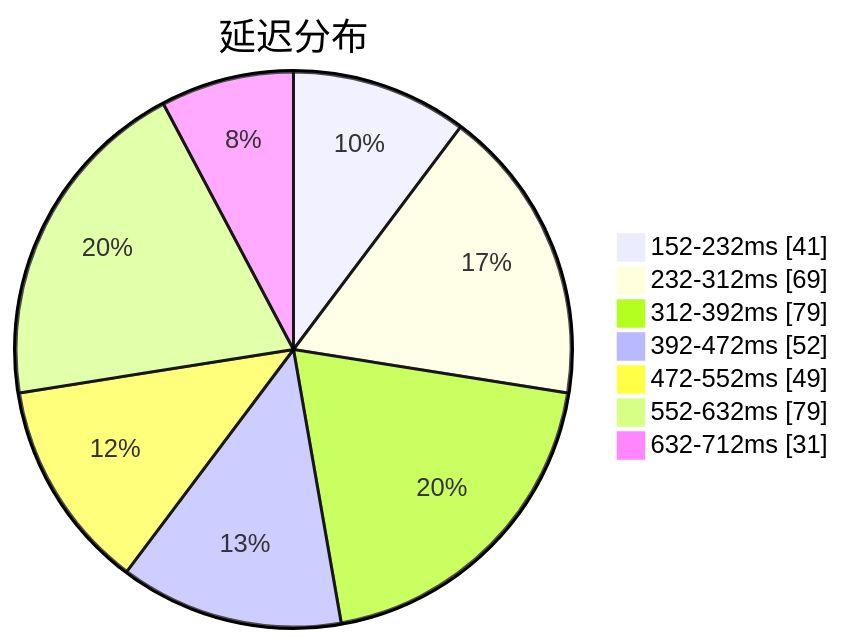
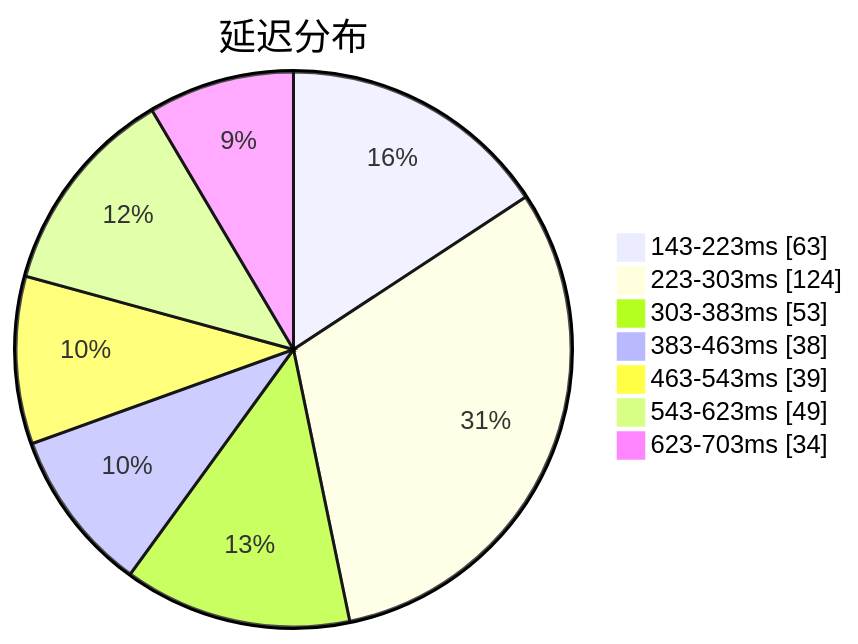
Before and after one commit to qjlxg/airport: the first of 3 diagrams in subs/statistics/tested_within.md, drawn with Mermaid. The commit also changed other lines of this file and 2 other files, not shown here.

Commit message:
Tested by metaST

````diff
--- a/subs/statistics/tested_within.md
+++ b/subs/statistics/tested_within.md
@@ -2,11 +2,11 @@
 ```mermaid
 pie showData
 title 延迟分布
-"152-232ms" : 41
-"232-312ms" : 69
-"312-392ms" : 79
-"392-472ms" : 52
-"472-552ms" : 49
-"552-632ms" : 79
-"632-712ms" : 31
+"143-223ms" : 63
+"223-303ms" : 124
+"303-383ms" : 53
+"383-463ms" : 38
+"463-543ms" : 39
+"543-623ms" : 49
+"623-703ms" : 34
 ```
````
